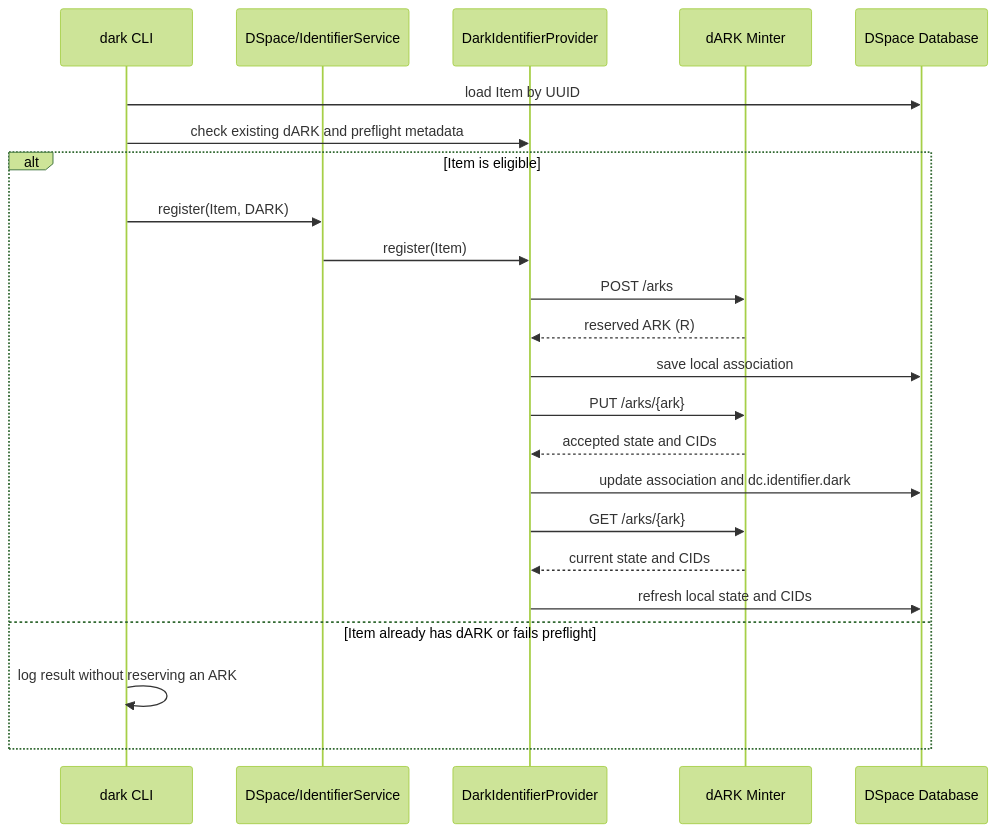
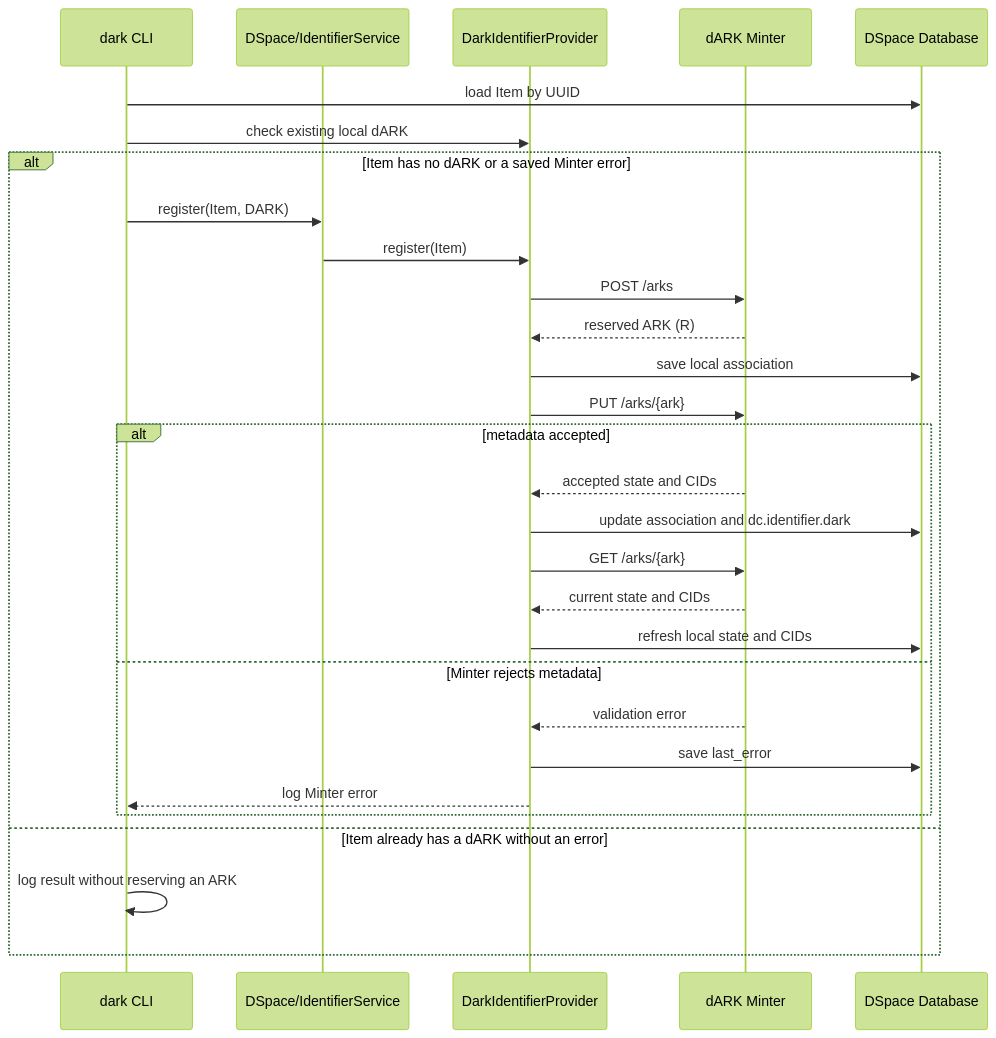
Before and after one commit to LA-Referencia-Lyrasis-Project/DSpace: the second of 5 diagrams in docs/dark-dspace-integration.md, drawn with Mermaid (forest theme). The commit also changed other lines of this file and 10 other files, not shown here.

First line of the commit message:
feat(dark): persist Minter validation errors and support retry

````diff
--- a/docs/dark-dspace-integration.md
+++ b/docs/dark-dspace-integration.md
@@ -161,26 +165,32 @@
 ```mermaid
 sequenceDiagram
     participant C as dark CLI
     participant D as DSpace/IdentifierService
     participant P as DarkIdentifierProvider
     participant M as dARK Minter
     participant DB as DSpace Database
 
     C->>DB: load Item by UUID
-    C->>P: check existing dARK and preflight metadata
-    alt Item is eligible
+    C->>P: check existing local dARK
+    alt Item has no dARK or a saved Minter error
         C->>D: register(Item, DARK)
         D->>P: register(Item)
         P->>M: POST /arks
         M-->>P: reserved ARK (R)
         P->>DB: save local association
         P->>M: PUT /arks/{ark}
-        M-->>P: accepted state and CIDs
-        P->>DB: update association and dc.identifier.dark
-        P->>M: GET /arks/{ark}
-        M-->>P: current state and CIDs
-        P->>DB: refresh local state and CIDs
-    else Item already has dARK or fails preflight
+        alt metadata accepted
+            M-->>P: accepted state and CIDs
+            P->>DB: update association and dc.identifier.dark
+            P->>M: GET /arks/{ark}
+            M-->>P: current state and CIDs
+            P->>DB: refresh local state and CIDs
+        else Minter rejects metadata
+            M-->>P: validation error
+            P->>DB: save last_error
+            P-->>C: log Minter error
+        end
+    else Item already has a dARK without an error
         C->>C: log result without reserving an ARK
     end
 ```
````
